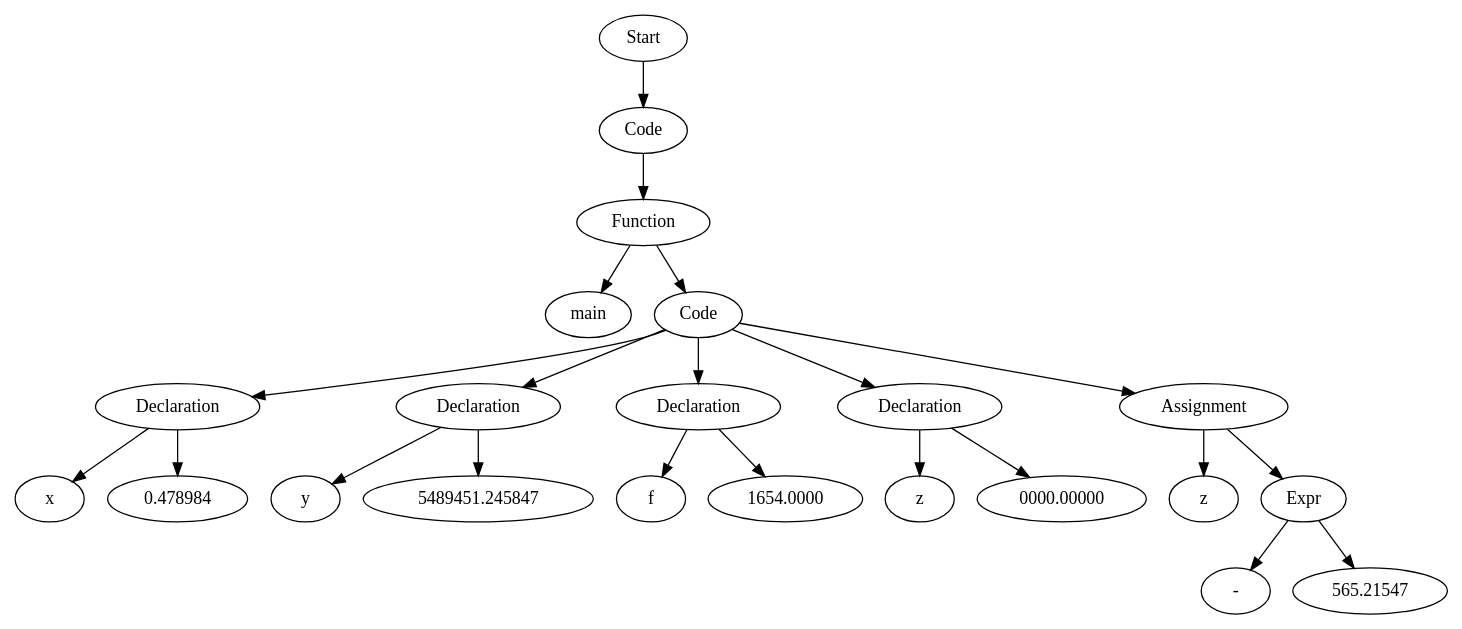
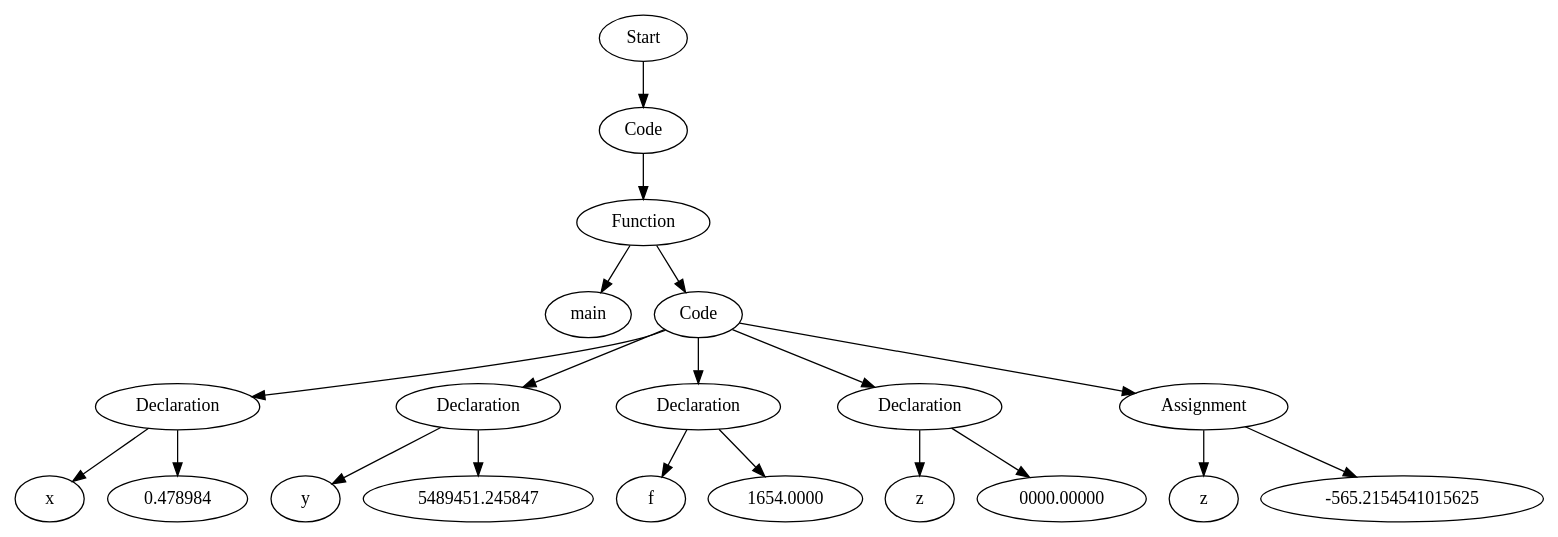
The diagram in testfiles/basic_tests_123/proj2_man_pass_literalFloatASTVisual.dot (Are-you-listening/Compilers), drawn with Graphviz before and after one commit. The commit also changed 37 other files, not shown here.

```diff
--- a/testfiles/basic_tests_123/proj2_man_pass_literalFloatASTVisual.dot
+++ b/testfiles/basic_tests_123/proj2_man_pass_literalFloatASTVisual.dot
@@ -1,45 +1,41 @@
 digraph AST {
-  "134272668301632" [label="Start"];
-  "134272668301632" -> "134272668288864";
-  "134272668288864" [label="Code"];
-  "134272668288864" -> "134272668293472";
-  "134272668293472" [label="Function"];
-  "134272668293472" -> "134272668297264";
-  "134272668293472" -> "134272668298224";
-  "134272668297264" [label="main"];
-  "134272668298224" [label="Code"];
-  "134272668298224" -> "134272668297696";
-  "134272668298224" -> "134272668289056";
-  "134272668298224" -> "134272668296544";
-  "134272668298224" -> "134272668287616";
-  "134272668298224" -> "134272668016768";
-  "134272668297696" [label="Declaration"];
-  "134272668297696" -> "134272668291360";
-  "134272668297696" -> "134272668297408";
-  "134272668291360" [label="x"];
-  "134272668297408" [label="0.478984"];
-  "134272668289056" [label="Declaration"];
-  "134272668289056" -> "134272668288768";
-  "134272668289056" -> "134272668292128";
-  "134272668288768" [label="y"];
-  "134272668292128" [label="5489451.245847"];
-  "134272668296544" [label="Declaration"];
-  "134272668296544" -> "134272668287808";
-  "134272668296544" -> "134272668287472";
-  "134272668287808" [label="f"];
-  "134272668287472" [label="1654.0000"];
-  "134272668287616" [label="Declaration"];
-  "134272668287616" -> "134272668024400";
-  "134272668287616" -> "134272668019600";
-  "134272668024400" [label="z"];
-  "134272668019600" [label="0000.00000"];
-  "134272668016768" [label="Assignment"];
-  "134272668016768" -> "134272668022624";
-  "134272668016768" -> "134272667731280";
-  "134272668022624" [label="z"];
-  "134272667731280" [label="Expr"];
-  "134272667731280" -> "134272667732432";
-  "134272667731280" -> "134272668294672";
-  "134272667732432" [label="-"];
-  "134272668294672" [label="565.21547"];
+  "125781125446912" [label="Start"];
+  "125781125446912" -> "125781125447056";
+  "125781125447056" [label="Code"];
+  "125781125447056" -> "125781125439232";
+  "125781125439232" [label="Function"];
+  "125781125439232" -> "125781125446432";
+  "125781125439232" -> "125781125432560";
+  "125781125446432" [label="main"];
+  "125781125432560" [label="Code"];
+  "125781125432560" -> "125781125446096";
+  "125781125432560" -> "125781125436208";
+  "125781125432560" -> "125781125435920";
+  "125781125432560" -> "125781125435776";
+  "125781125432560" -> "125781125443408";
+  "125781125446096" [label="Declaration"];
+  "125781125446096" -> "125781125446000";
+  "125781125446096" -> "125781125432464";
+  "125781125446000" [label="x"];
+  "125781125432464" [label="0.478984"];
+  "125781125436208" [label="Declaration"];
+  "125781125436208" -> "125781125445280";
+  "125781125436208" -> "125781125444752";
+  "125781125445280" [label="y"];
+  "125781125444752" [label="5489451.245847"];
+  "125781125435920" [label="Declaration"];
+  "125781125435920" -> "125781125436160";
+  "125781125435920" -> "125781125443936";
+  "125781125436160" [label="f"];
+  "125781125443936" [label="1654.0000"];
+  "125781125435776" [label="Declaration"];
+  "125781125435776" -> "125781125436352";
+  "125781125435776" -> "125781125443264";
+  "125781125436352" [label="z"];
+  "125781125443264" [label="0000.00000"];
+  "125781125443408" [label="Assignment"];
+  "125781125443408" -> "125781125443072";
+  "125781125443408" -> "125781125436688";
+  "125781125443072" [label="z"];
+  "125781125436688" [label="-565.2154541015625"];
 }
```
